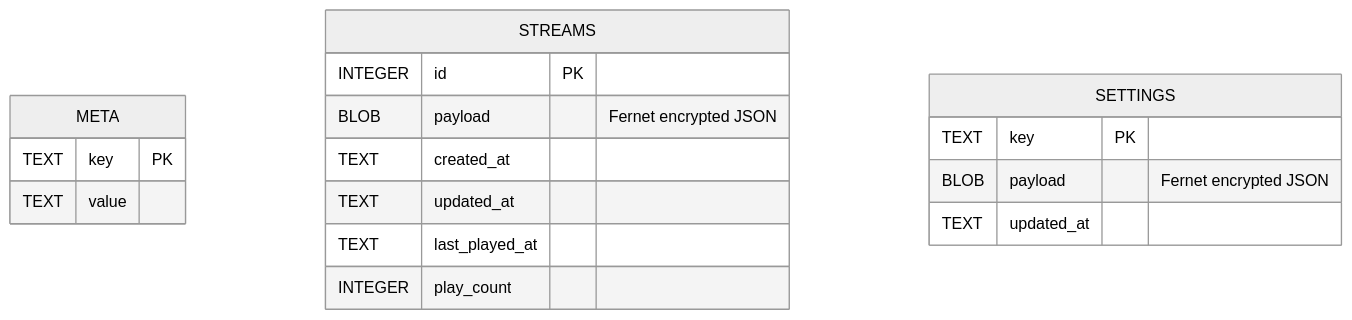
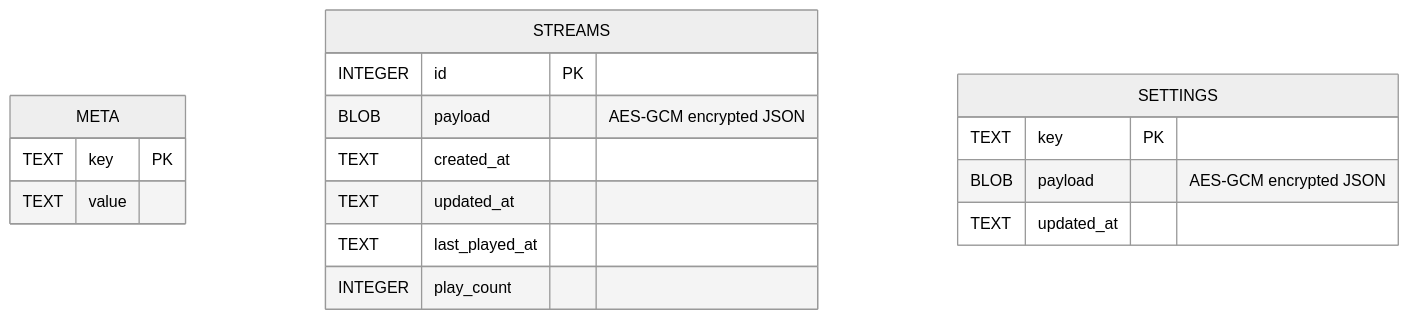
One commit to ornab74/twitchaudio changed the fourth of 5 diagrams in README.md. Above: the diagram before and after it, drawn with Mermaid (neutral theme). The commit also changed other lines of this file, not shown here.

````diff
--- a/README.md
+++ b/README.md
@@ -120,22 +120,22 @@
 ```mermaid
 erDiagram
     META {
         TEXT key PK
         TEXT value
     }
 
     STREAMS {
         INTEGER id PK
-        BLOB payload "Fernet encrypted JSON"
+        BLOB payload "AES-GCM encrypted JSON"
         TEXT created_at
         TEXT updated_at
         TEXT last_played_at
         INTEGER play_count
     }
 
     SETTINGS {
         TEXT key PK
-        BLOB payload "Fernet encrypted JSON"
+        BLOB payload "AES-GCM encrypted JSON"
         TEXT updated_at
     }
 ```
````
